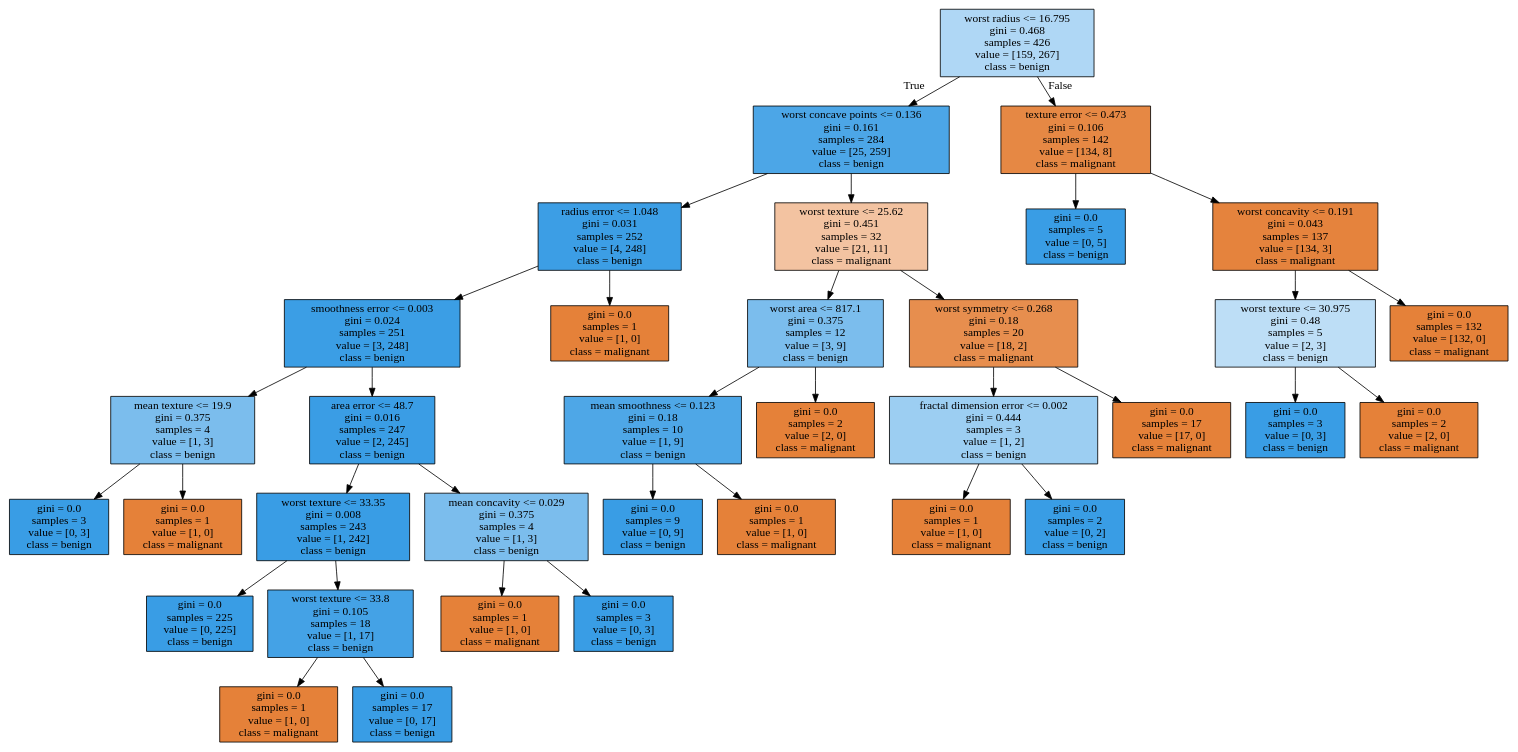
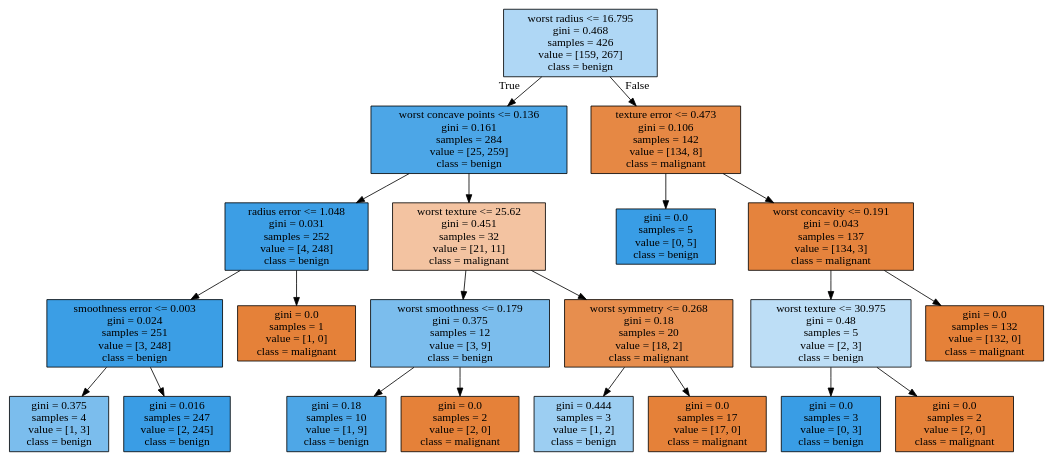
One commit to amueller/introduction_to_ml_with_python changed the diagram in tree.dot. Above: the diagram before and after it, drawn with Graphviz. The commit also changed 1 other file, not shown here.

```diff
--- a/tree.dot
+++ b/tree.dot
@@ -1,72 +1,44 @@
 digraph Tree {
 node [shape=box, style="filled", color="black"] ;
 0 [label="worst radius <= 16.795\ngini = 0.468\nsamples = 426\nvalue = [159, 267]\nclass = benign", fillcolor="#399de567"] ;
 1 [label="worst concave points <= 0.136\ngini = 0.161\nsamples = 284\nvalue = [25, 259]\nclass = benign", fillcolor="#399de5e6"] ;
 0 -> 1 [labeldistance=2.5, labelangle=45, headlabel="True"] ;
 2 [label="radius error <= 1.048\ngini = 0.031\nsamples = 252\nvalue = [4, 248]\nclass = benign", fillcolor="#399de5fb"] ;
 1 -> 2 ;
 3 [label="smoothness error <= 0.003\ngini = 0.024\nsamples = 251\nvalue = [3, 248]\nclass = benign", fillcolor="#399de5fc"] ;
 2 -> 3 ;
-4 [label="mean texture <= 19.9\ngini = 0.375\nsamples = 4\nvalue = [1, 3]\nclass = benign", fillcolor="#399de5aa"] ;
+4 [label="gini = 0.375\nsamples = 4\nvalue = [1, 3]\nclass = benign", fillcolor="#399de5aa"] ;
 3 -> 4 ;
-5 [label="gini = 0.0\nsamples = 3\nvalue = [0, 3]\nclass = benign", fillcolor="#399de5ff"] ;
-4 -> 5 ;
+5 [label="gini = 0.016\nsamples = 247\nvalue = [2, 245]\nclass = benign", fillcolor="#399de5fd"] ;
+3 -> 5 ;
 6 [label="gini = 0.0\nsamples = 1\nvalue = [1, 0]\nclass = malignant", fillcolor="#e58139ff"] ;
-4 -> 6 ;
-7 [label="area error <= 48.7\ngini = 0.016\nsamples = 247\nvalue = [2, 245]\nclass = benign", fillcolor="#399de5fd"] ;
-3 -> 7 ;
-8 [label="worst texture <= 33.35\ngini = 0.008\nsamples = 243\nvalue = [1, 242]\nclass = benign", fillcolor="#399de5fe"] ;
+2 -> 6 ;
+7 [label="worst texture <= 25.62\ngini = 0.451\nsamples = 32\nvalue = [21, 11]\nclass = malignant", fillcolor="#e5813979"] ;
+1 -> 7 ;
+8 [label="worst smoothness <= 0.179\ngini = 0.375\nsamples = 12\nvalue = [3, 9]\nclass = benign", fillcolor="#399de5aa"] ;
 7 -> 8 ;
-9 [label="gini = 0.0\nsamples = 225\nvalue = [0, 225]\nclass = benign", fillcolor="#399de5ff"] ;
+9 [label="gini = 0.18\nsamples = 10\nvalue = [1, 9]\nclass = benign", fillcolor="#399de5e3"] ;
 8 -> 9 ;
-10 [label="worst texture <= 33.8\ngini = 0.105\nsamples = 18\nvalue = [1, 17]\nclass = benign", fillcolor="#399de5f0"] ;
+10 [label="gini = 0.0\nsamples = 2\nvalue = [2, 0]\nclass = malignant", fillcolor="#e58139ff"] ;
 8 -> 10 ;
-11 [label="gini = 0.0\nsamples = 1\nvalue = [1, 0]\nclass = malignant", fillcolor="#e58139ff"] ;
-10 -> 11 ;
-12 [label="gini = 0.0\nsamples = 17\nvalue = [0, 17]\nclass = benign", fillcolor="#399de5ff"] ;
-10 -> 12 ;
-13 [label="mean concavity <= 0.029\ngini = 0.375\nsamples = 4\nvalue = [1, 3]\nclass = benign", fillcolor="#399de5aa"] ;
-7 -> 13 ;
-14 [label="gini = 0.0\nsamples = 1\nvalue = [1, 0]\nclass = malignant", fillcolor="#e58139ff"] ;
-13 -> 14 ;
-15 [label="gini = 0.0\nsamples = 3\nvalue = [0, 3]\nclass = benign", fillcolor="#399de5ff"] ;
-13 -> 15 ;
-16 [label="gini = 0.0\nsamples = 1\nvalue = [1, 0]\nclass = malignant", fillcolor="#e58139ff"] ;
-2 -> 16 ;
-17 [label="worst texture <= 25.62\ngini = 0.451\nsamples = 32\nvalue = [21, 11]\nclass = malignant", fillcolor="#e5813979"] ;
-1 -> 17 ;
-18 [label="worst area <= 817.1\ngini = 0.375\nsamples = 12\nvalue = [3, 9]\nclass = benign", fillcolor="#399de5aa"] ;
+11 [label="worst symmetry <= 0.268\ngini = 0.18\nsamples = 20\nvalue = [18, 2]\nclass = malignant", fillcolor="#e58139e3"] ;
+7 -> 11 ;
+12 [label="gini = 0.444\nsamples = 3\nvalue = [1, 2]\nclass = benign", fillcolor="#399de57f"] ;
+11 -> 12 ;
+13 [label="gini = 0.0\nsamples = 17\nvalue = [17, 0]\nclass = malignant", fillcolor="#e58139ff"] ;
+11 -> 13 ;
+14 [label="texture error <= 0.473\ngini = 0.106\nsamples = 142\nvalue = [134, 8]\nclass = malignant", fillcolor="#e58139f0"] ;
+0 -> 14 [labeldistance=2.5, labelangle=-45, headlabel="False"] ;
+15 [label="gini = 0.0\nsamples = 5\nvalue = [0, 5]\nclass = benign", fillcolor="#399de5ff"] ;
+14 -> 15 ;
+16 [label="worst concavity <= 0.191\ngini = 0.043\nsamples = 137\nvalue = [134, 3]\nclass = malignant", fillcolor="#e58139f9"] ;
+14 -> 16 ;
+17 [label="worst texture <= 30.975\ngini = 0.48\nsamples = 5\nvalue = [2, 3]\nclass = benign", fillcolor="#399de555"] ;
+16 -> 17 ;
+18 [label="gini = 0.0\nsamples = 3\nvalue = [0, 3]\nclass = benign", fillcolor="#399de5ff"] ;
 17 -> 18 ;
-19 [label="mean smoothness <= 0.123\ngini = 0.18\nsamples = 10\nvalue = [1, 9]\nclass = benign", fillcolor="#399de5e3"] ;
-18 -> 19 ;
-20 [label="gini = 0.0\nsamples = 9\nvalue = [0, 9]\nclass = benign", fillcolor="#399de5ff"] ;
-19 -> 20 ;
-21 [label="gini = 0.0\nsamples = 1\nvalue = [1, 0]\nclass = malignant", fillcolor="#e58139ff"] ;
-19 -> 21 ;
-22 [label="gini = 0.0\nsamples = 2\nvalue = [2, 0]\nclass = malignant", fillcolor="#e58139ff"] ;
-18 -> 22 ;
-23 [label="worst symmetry <= 0.268\ngini = 0.18\nsamples = 20\nvalue = [18, 2]\nclass = malignant", fillcolor="#e58139e3"] ;
-17 -> 23 ;
-24 [label="fractal dimension error <= 0.002\ngini = 0.444\nsamples = 3\nvalue = [1, 2]\nclass = benign", fillcolor="#399de57f"] ;
-23 -> 24 ;
-25 [label="gini = 0.0\nsamples = 1\nvalue = [1, 0]\nclass = malignant", fillcolor="#e58139ff"] ;
-24 -> 25 ;
-26 [label="gini = 0.0\nsamples = 2\nvalue = [0, 2]\nclass = benign", fillcolor="#399de5ff"] ;
-24 -> 26 ;
-27 [label="gini = 0.0\nsamples = 17\nvalue = [17, 0]\nclass = malignant", fillcolor="#e58139ff"] ;
-23 -> 27 ;
-28 [label="texture error <= 0.473\ngini = 0.106\nsamples = 142\nvalue = [134, 8]\nclass = malignant", fillcolor="#e58139f0"] ;
-0 -> 28 [labeldistance=2.5, labelangle=-45, headlabel="False"] ;
-29 [label="gini = 0.0\nsamples = 5\nvalue = [0, 5]\nclass = benign", fillcolor="#399de5ff"] ;
-28 -> 29 ;
-30 [label="worst concavity <= 0.191\ngini = 0.043\nsamples = 137\nvalue = [134, 3]\nclass = malignant", fillcolor="#e58139f9"] ;
-28 -> 30 ;
-31 [label="worst texture <= 30.975\ngini = 0.48\nsamples = 5\nvalue = [2, 3]\nclass = benign", fillcolor="#399de555"] ;
-30 -> 31 ;
-32 [label="gini = 0.0\nsamples = 3\nvalue = [0, 3]\nclass = benign", fillcolor="#399de5ff"] ;
-31 -> 32 ;
-33 [label="gini = 0.0\nsamples = 2\nvalue = [2, 0]\nclass = malignant", fillcolor="#e58139ff"] ;
-31 -> 33 ;
-34 [label="gini = 0.0\nsamples = 132\nvalue = [132, 0]\nclass = malignant", fillcolor="#e58139ff"] ;
-30 -> 34 ;
+19 [label="gini = 0.0\nsamples = 2\nvalue = [2, 0]\nclass = malignant", fillcolor="#e58139ff"] ;
+17 -> 19 ;
+20 [label="gini = 0.0\nsamples = 132\nvalue = [132, 0]\nclass = malignant", fillcolor="#e58139ff"] ;
+16 -> 20 ;
 }
```
